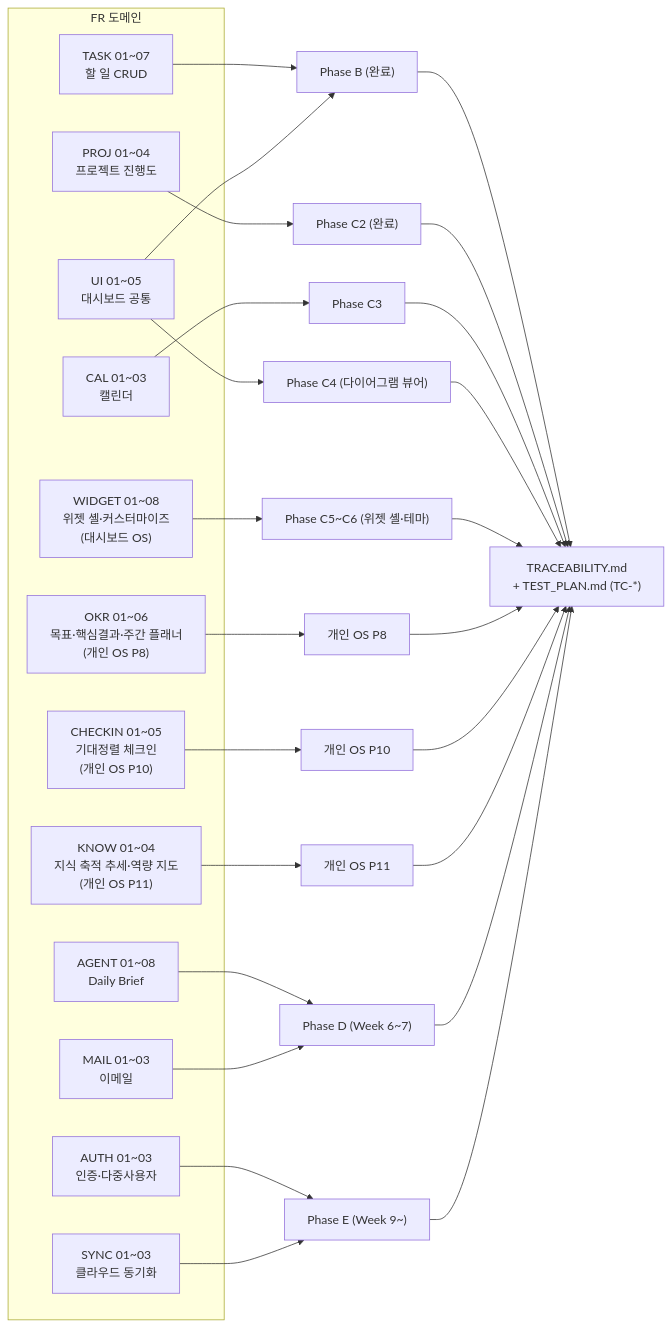
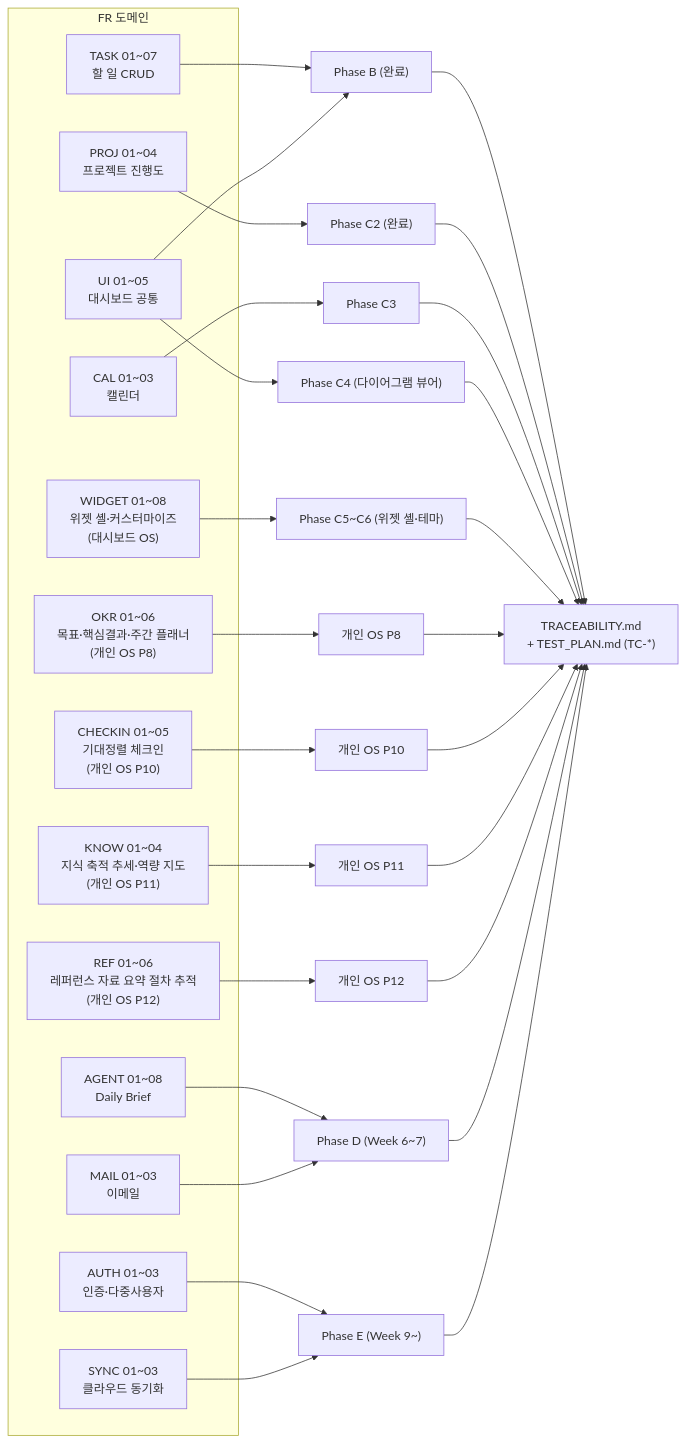
Before and after one commit to gamercross/my-setup-proj: the diagram in docs/product/requirements/REQUIREMENTS_FUNCTIONAL.md, drawn with Mermaid. The commit also changed other lines of this file and 34 other files, not shown here.

````diff
--- a/docs/product/requirements/REQUIREMENTS_FUNCTIONAL.md
+++ b/docs/product/requirements/REQUIREMENTS_FUNCTIONAL.md
@@ -8,28 +8,30 @@
 ```mermaid
 flowchart LR
   subgraph DOM["FR 도메인"]
     TASK["TASK 01~07<br/>할 일 CRUD"]
     PROJ["PROJ 01~04<br/>프로젝트 진행도"]
     CAL["CAL 01~03<br/>캘린더"]
     MAIL["MAIL 01~03<br/>이메일"]
     AGENT["AGENT 01~08<br/>Daily Brief"]
     AUTH["AUTH 01~03<br/>인증·다중사용자"]
     SYNC["SYNC 01~03<br/>클라우드 동기화"]
     UI["UI 01~05<br/>대시보드 공통"]
     WIDGET["WIDGET 01~08<br/>위젯 셸·커스터마이즈<br/>(대시보드 OS)"]
     OKR["OKR 01~06<br/>목표·핵심결과·주간 플래너<br/>(개인 OS P8)"]
     CHECKIN["CHECKIN 01~05<br/>기대정렬 체크인<br/>(개인 OS P10)"]
     KNOW["KNOW 01~04<br/>지식 축적 추세·역량 지도<br/>(개인 OS P11)"]
+    REF["REF 01~06<br/>레퍼런스 자료 요약 절차 추적<br/>(개인 OS P12)"]
   end
   TASK & UI --> B["Phase B (완료)"]
   PROJ --> C2["Phase C2 (완료)"]
   CAL --> C3["Phase C3"]
   UI --> C4["Phase C4 (다이어그램 뷰어)"]
   WIDGET --> C5["Phase C5~C6 (위젯 셸·테마)"]
   OKR --> P8["개인 OS P8"]
   CHECKIN --> P10["개인 OS P10"]
   KNOW --> P11["개인 OS P11"]
+  REF --> P12["개인 OS P12"]
   AGENT & MAIL --> D["Phase D (Week 6~7)"]
   AUTH & SYNC --> E["Phase E (Week 9~)"]
-  B & C2 & C3 & C4 & C5 & P8 & P10 & P11 & D & E --> TR["TRACEABILITY.md<br/>+ TEST_PLAN.md (TC-*)"]
+  B & C2 & C3 & C4 & C5 & P8 & P10 & P11 & P12 & D & E --> TR["TRACEABILITY.md<br/>+ TEST_PLAN.md (TC-*)"]
 ```
````
